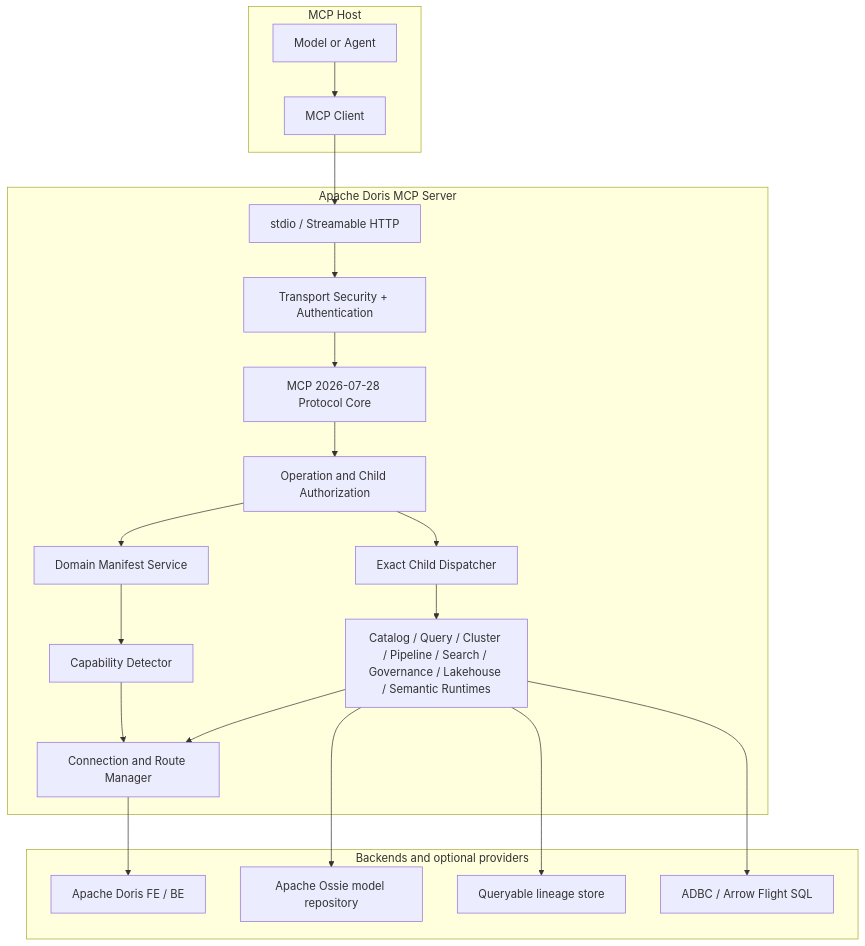
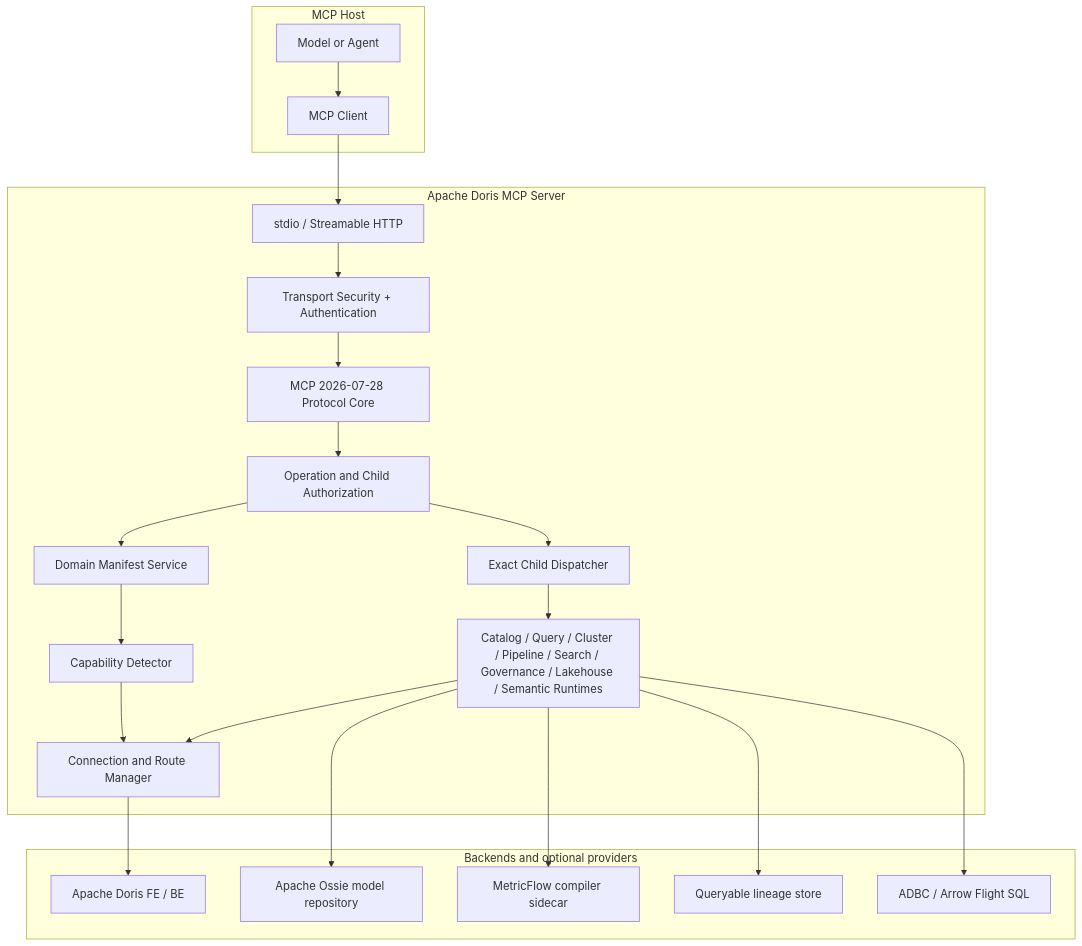
Before and after one commit to apache/doris-mcp-server: the diagram in docs/architecture/overview.md, drawn with Mermaid. The commit also changed other lines of this file and 65 other files, not shown here.

Commit message:
Add MetricFlow consumers and Doris 2.x capability gating (#191)

````diff
--- a/docs/architecture/overview.md
+++ b/docs/architecture/overview.md
@@ -42,39 +42,41 @@
 ```mermaid
 flowchart TB
     subgraph Host["MCP Host"]
       Agent["Model or Agent"]
       Client["MCP Client"]
       Agent --> Client
     end
 
     subgraph Server["Apache Doris MCP Server"]
       Transport["stdio / Streamable HTTP"]
       Auth["Transport Security + Authentication"]
       Protocol["MCP 2026-07-28 Protocol Core"]
       Policy["Operation and Child Authorization"]
       Manifest["Domain Manifest Service"]
       Detector["Capability Detector"]
       Dispatcher["Exact Child Dispatcher"]
       Runtime["Catalog / Query / Cluster / Pipeline / Search / Governance / Lakehouse / Semantic Runtimes"]
       Routes["Connection and Route Manager"]
       Transport --> Auth --> Protocol --> Policy
       Policy --> Manifest
       Manifest --> Detector
       Policy --> Dispatcher
       Dispatcher --> Runtime --> Routes
       Detector --> Routes
     end
 
     subgraph Backends["Backends and optional providers"]
       Doris["Apache Doris FE / BE"]
       Ossie["Apache Ossie model repository"]
+      MetricFlow["MetricFlow compiler sidecar"]
       Lineage["Queryable lineage store"]
       Flight["ADBC / Arrow Flight SQL"]
     end
 
     Client --> Transport
     Routes --> Doris
     Runtime --> Ossie
+    Runtime --> MetricFlow
     Runtime --> Lineage
     Runtime --> Flight
 ```
````
